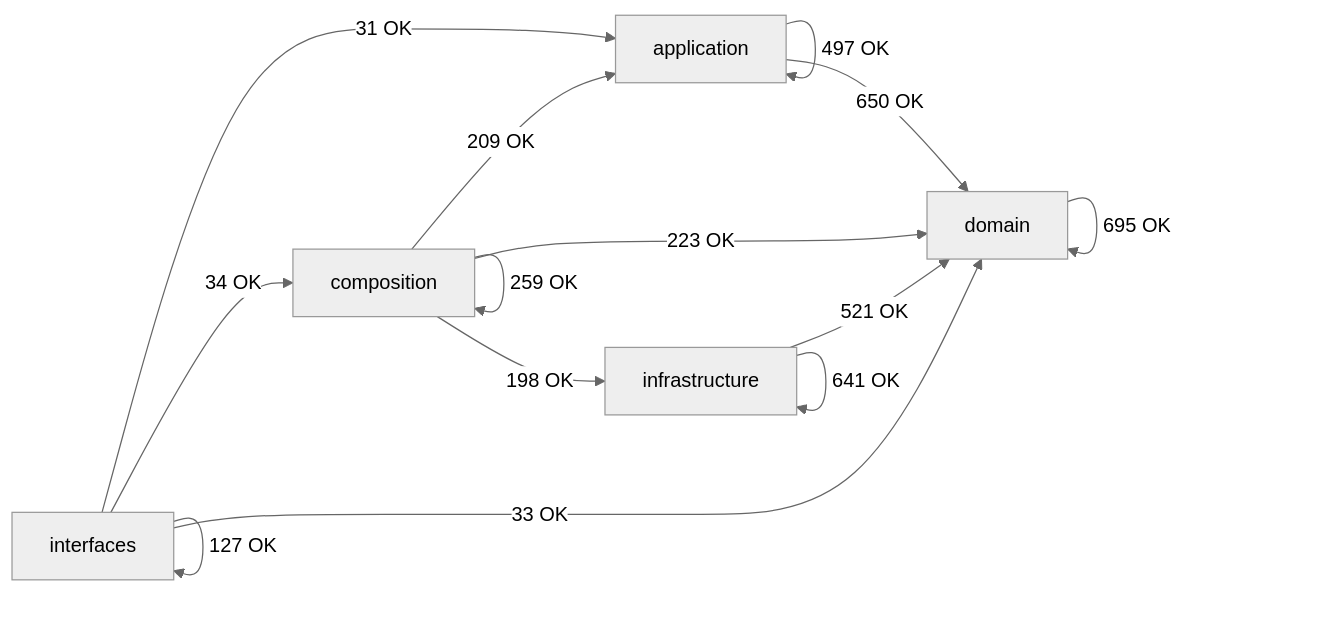
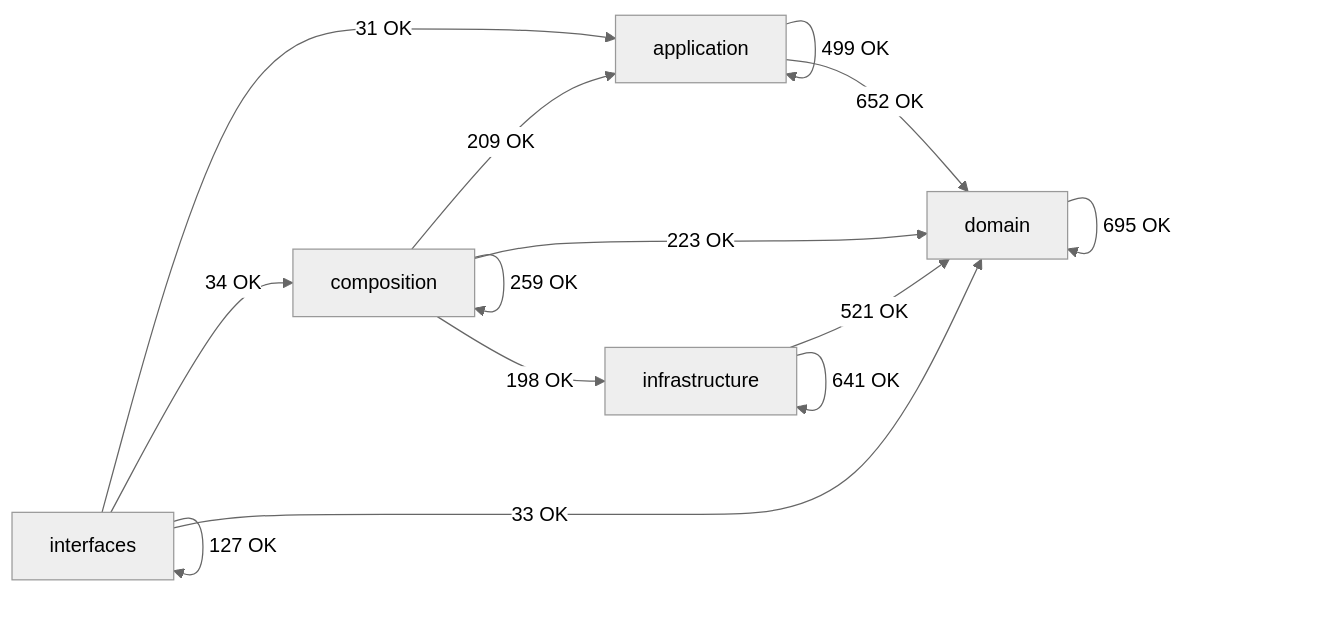
Before and after one commit to SatoryKono/BioactivityDataAcquisition: the diagram in docs/02-architecture/generated/module-dependency-map.md, drawn with Mermaid (neutral theme). The commit also changed other lines of this file and 48 other files, not shown here.

First line of the commit message:
Refresh architecture docs and remove stale reports

````diff
--- a/docs/02-architecture/generated/module-dependency-map.md
+++ b/docs/02-architecture/generated/module-dependency-map.md
@@ -16,21 +16,21 @@
 ```mermaid
 flowchart LR
     domain[domain]
     application[application]
     infrastructure[infrastructure]
     composition[composition]
     interfaces[interfaces]
-    application -->|497 OK| application
-    application -->|650 OK| domain
+    application -->|499 OK| application
+    application -->|652 OK| domain
     composition -->|209 OK| application
     composition -->|259 OK| composition
     composition -->|223 OK| domain
     composition -->|198 OK| infrastructure
     domain -->|695 OK| domain
     infrastructure -->|521 OK| domain
     infrastructure -->|641 OK| infrastructure
     interfaces -->|31 OK| application
     interfaces -->|34 OK| composition
     interfaces -->|33 OK| domain
     interfaces -->|127 OK| interfaces
 ```
````
